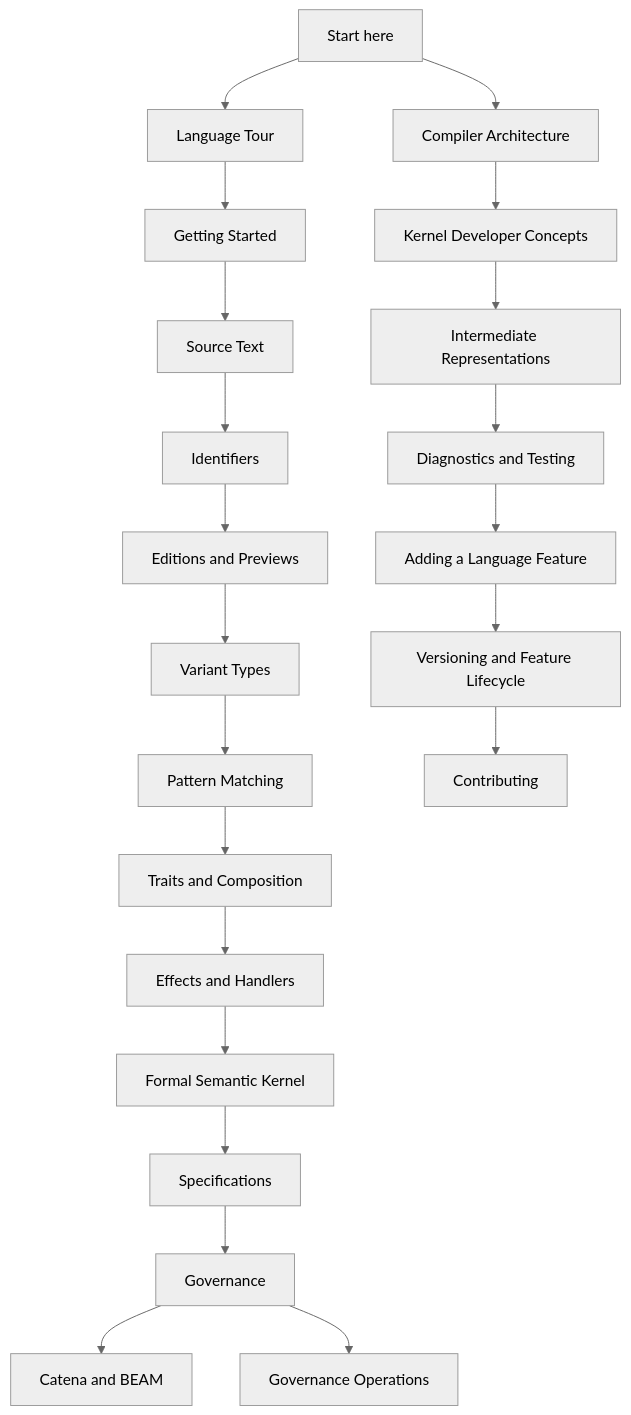
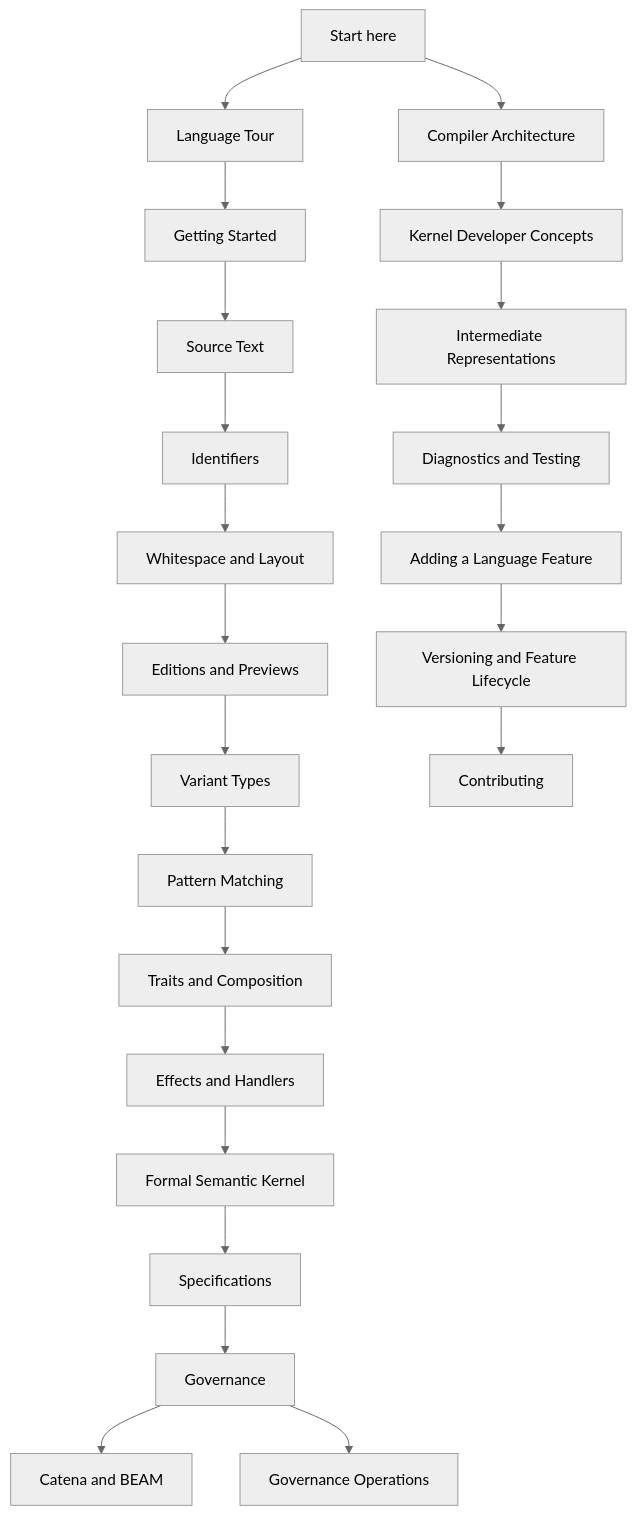
The diagram in guides/README.md (pcharbon70/catena), drawn with Mermaid (neutral theme) before and after one commit. The commit also changed other lines of this file and 25 other files, not shown here.

Commit message:
Implement C015 whitespace and layout

````diff
--- a/guides/README.md
+++ b/guides/README.md
@@ -23,26 +24,27 @@
 ```mermaid
 flowchart TD
     Start[Start here] --> Tour[Language Tour]
     Tour --> First[Getting Started]
     First --> Text[Source Text]
     Text --> Names[Identifiers]
-    Names --> Editions[Editions and Previews]
+    Names --> Layout[Whitespace and Layout]
+    Layout --> Editions[Editions and Previews]
     Editions --> Data[Variant Types]
     Data --> Match[Pattern Matching]
     Match --> Traits[Traits and Composition]
     Traits --> Effects[Effects and Handlers]
     Effects --> Kernel[Formal Semantic Kernel]
     Kernel --> Specs[Specifications]
     Specs --> Gov[Governance]
     Gov --> Beam[Catena and BEAM]
 
     Gov --> Ops[Governance Operations]
 
     Start --> Dev[Compiler Architecture]
     Dev --> Concepts[Kernel Developer Concepts]
     Concepts --> IR[Intermediate Representations]
     IR --> Tests[Diagnostics and Testing]
     Tests --> Feature[Adding a Language Feature]
     Feature --> Lifecycle[Versioning and Feature Lifecycle]
     Lifecycle --> Contrib[Contributing]
 ```
````
